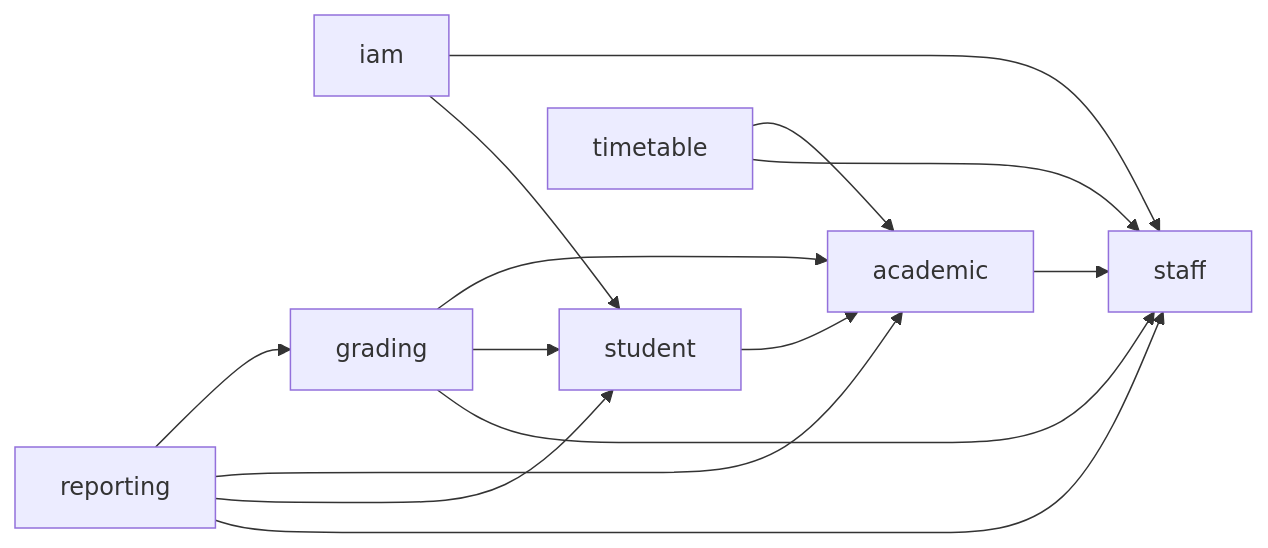
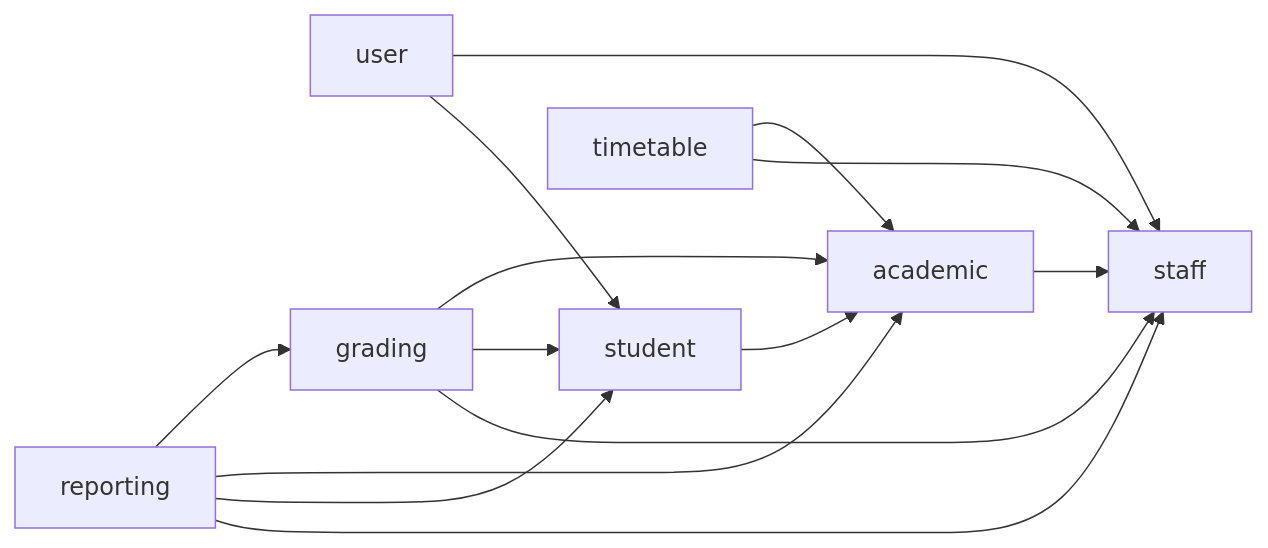
The diagram in docs/08-architecture-modulaire.md (Elshamma-Project/School-Mgmt-Back), drawn with Mermaid before and after one commit. The commit also changed other lines of this file and 41 other files, not shown here.

````diff
--- a/docs/08-architecture-modulaire.md
+++ b/docs/08-architecture-modulaire.md
@@ -21,9 +21,9 @@
 ```mermaid
 flowchart LR
-  iam --> staff & student
+  user --> staff & student
   student --> academic
   grading --> academic & student & staff
   reporting --> grading & academic & student & staff
   timetable --> academic & staff
   academic --> staff
 ```
````
